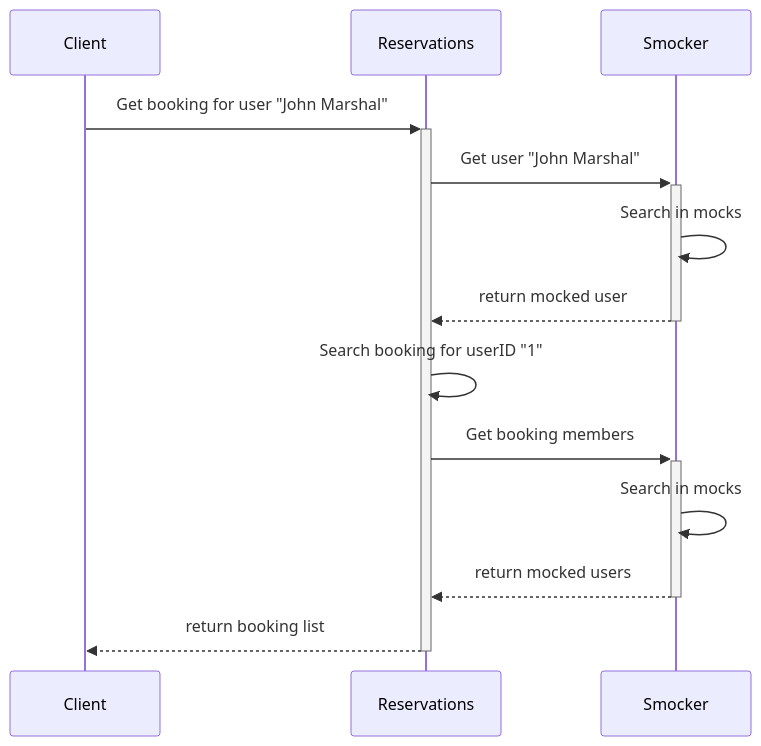
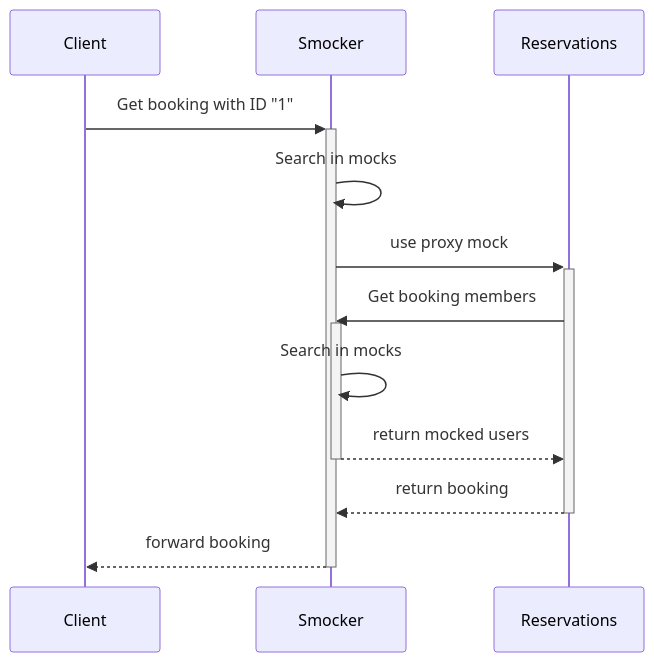
Before and after one commit to smocker-dev/smocker: the second of 2 diagrams in docs/guide/real-life.md, drawn with Mermaid. The commit also changed other lines of this file and 1 other file, not shown here.

````diff
--- a/docs/guide/real-life.md
+++ b/docs/guide/real-life.md
@@ -52,17 +51,15 @@
 ```mermaid
 sequenceDiagram
     participant C as Client
+    participant S as Smocker
     participant R as Reservations
-    participant S as Smocker
 
-    C->>+R: Get booking for user "John Marshal"
-    R->>+S: Get user "John Marshal"
+    C->>+S: Get booking with ID "1"
     S->>S: Search in mocks
-    S-->>-R: return mocked user
-
-    R->>R: Search booking for userID "1"
+    S->>+R: use proxy mock
     R->>+S: Get booking members
     S->>S: Search in mocks
     S-->>-R: return mocked users
-    R-->>-C: return booking list
+    R-->>-S: return booking
+    S-->>-C: forward booking
 ```
````
